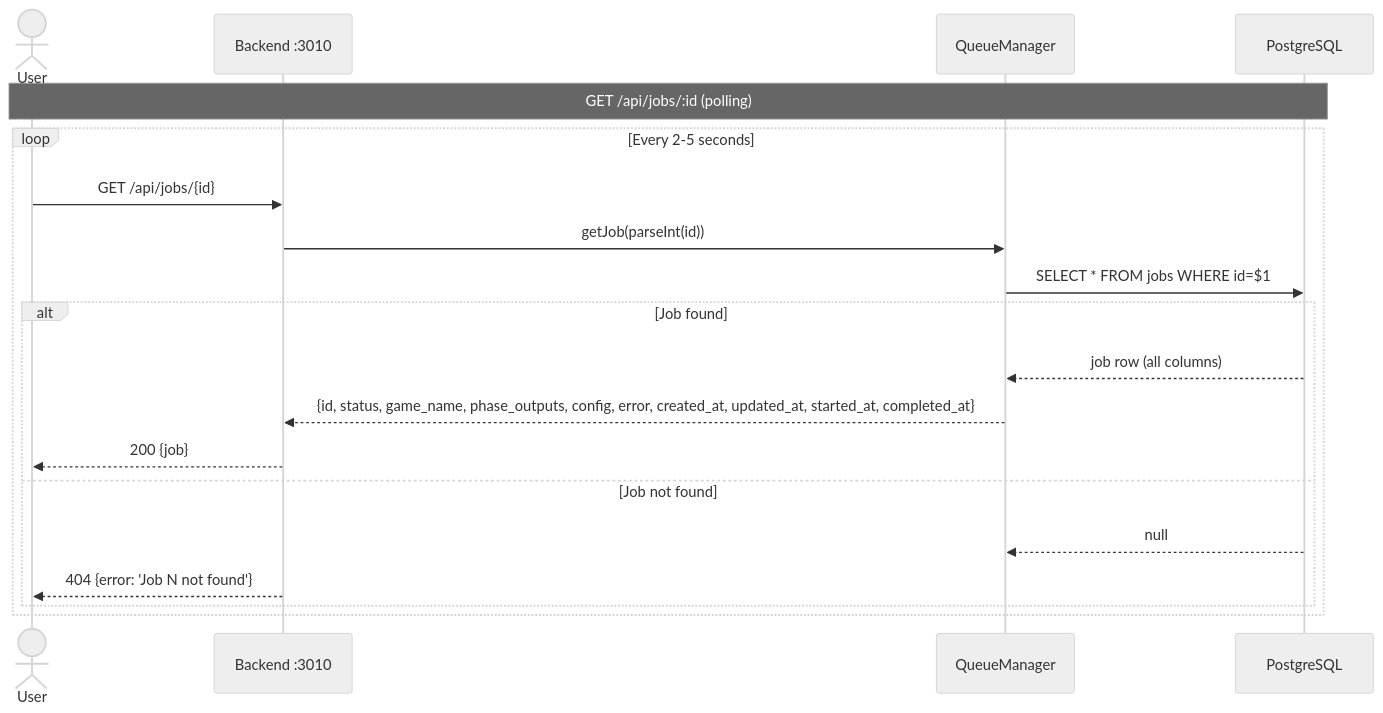
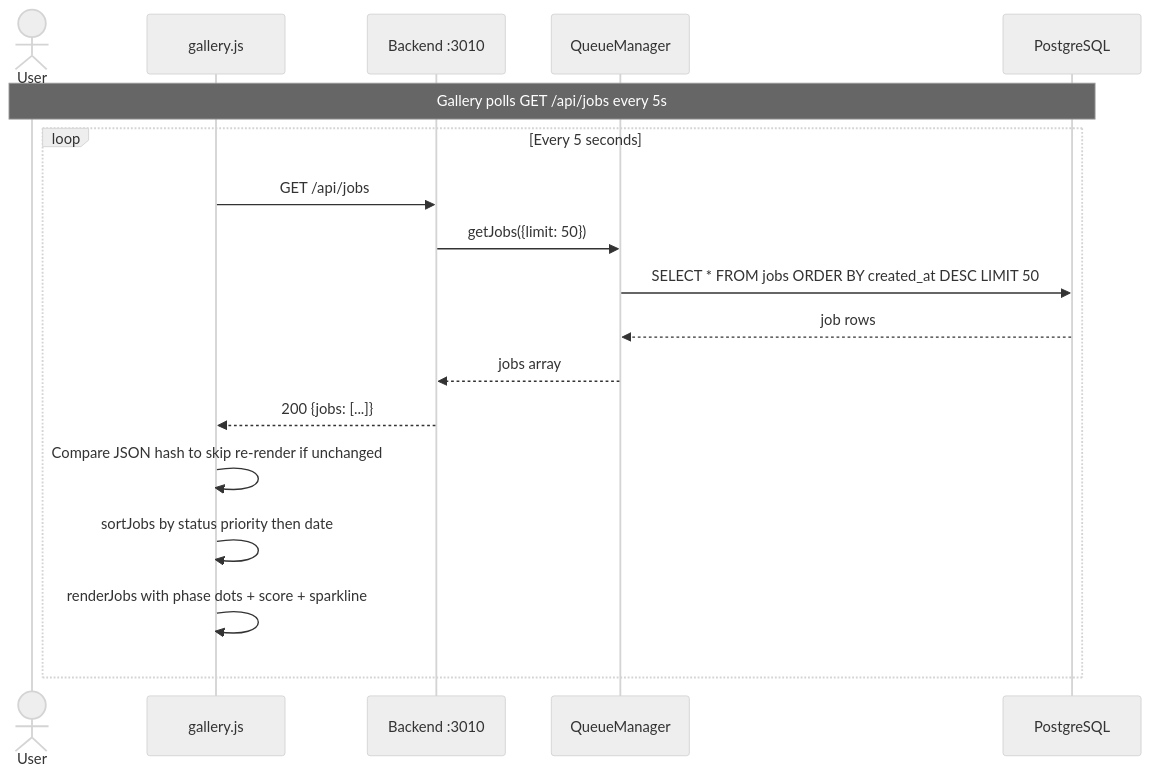
One commit to J-Gierend/gamePocGen changed the second of 9 diagrams in AI/document/02-user-flows.md. Above: the diagram before and after it, drawn with Mermaid (neutral theme). The commit also changed other lines of this file and 5 other files, not shown here.

````diff
--- a/AI/document/02-user-flows.md
+++ b/AI/document/02-user-flows.md
@@ -40,22 +40,21 @@
 ```mermaid
 sequenceDiagram
     actor User
+    participant Gallery as gallery.js
     participant API as Backend :3010
     participant QM as QueueManager
     participant DB as PostgreSQL
 
-    Note over User,DB: GET /api/jobs/:id (polling)
-    loop Every 2-5 seconds
-        User->>API: GET /api/jobs/{id}
-        API->>QM: getJob(parseInt(id))
-        QM->>DB: SELECT * FROM jobs WHERE id=$1
-        alt Job found
-            DB-->>QM: job row (all columns)
-            QM-->>API: {id, status, game_name, phase_outputs, config, error, created_at, updated_at, started_at, completed_at}
-            API-->>User: 200 {job}
-        else Job not found
-            DB-->>QM: null
-            API-->>User: 404 {error: 'Job N not found'}
-        end
+    Note over User,DB: Gallery polls GET /api/jobs every 5s
+    loop Every 5 seconds
+        Gallery->>API: GET /api/jobs
+        API->>QM: getJobs({limit: 50})
+        QM->>DB: SELECT * FROM jobs ORDER BY created_at DESC LIMIT 50
+        DB-->>QM: job rows
+        QM-->>API: jobs array
+        API-->>Gallery: 200 {jobs: [...]}
+        Gallery->>Gallery: Compare JSON hash to skip re-render if unchanged
+        Gallery->>Gallery: sortJobs by status priority then date
+        Gallery->>Gallery: renderJobs with phase dots + score + sparkline
     end
 ```
````
